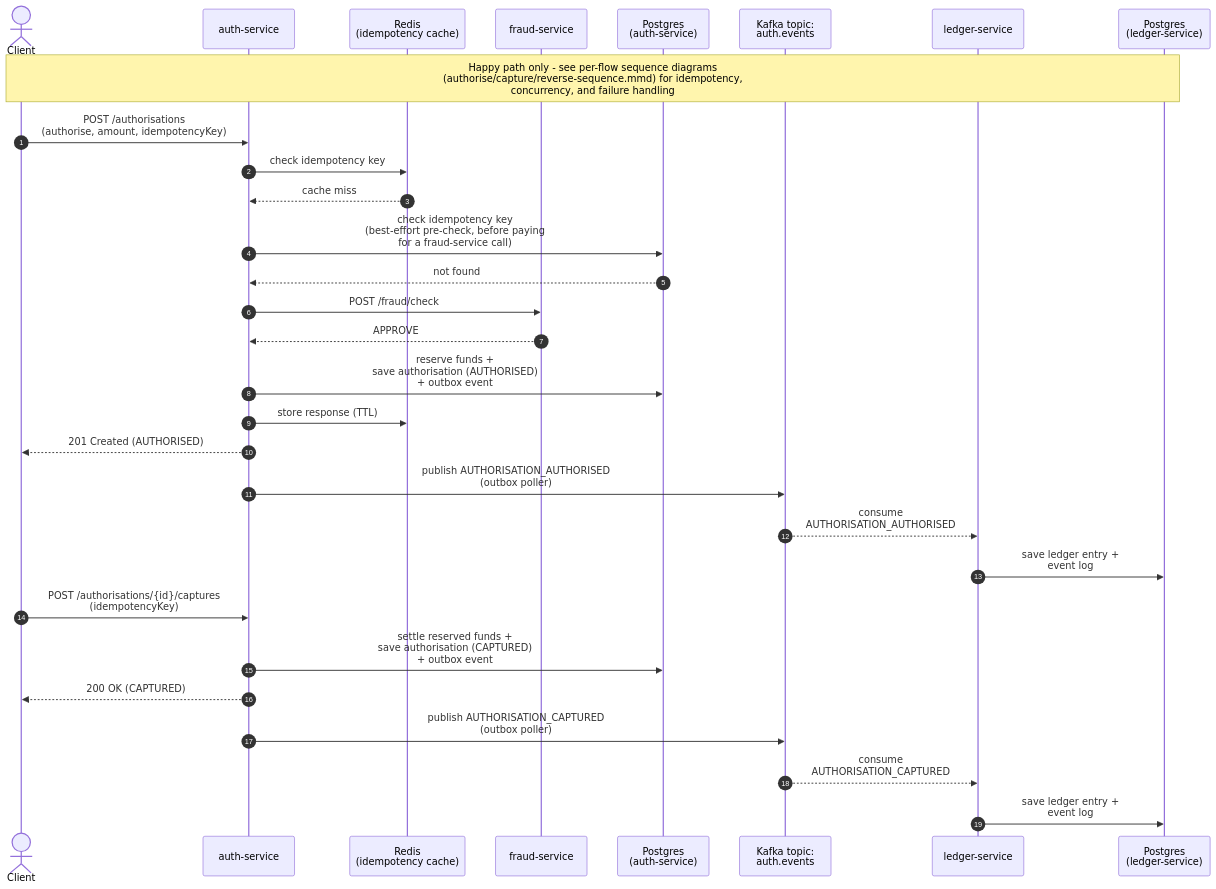
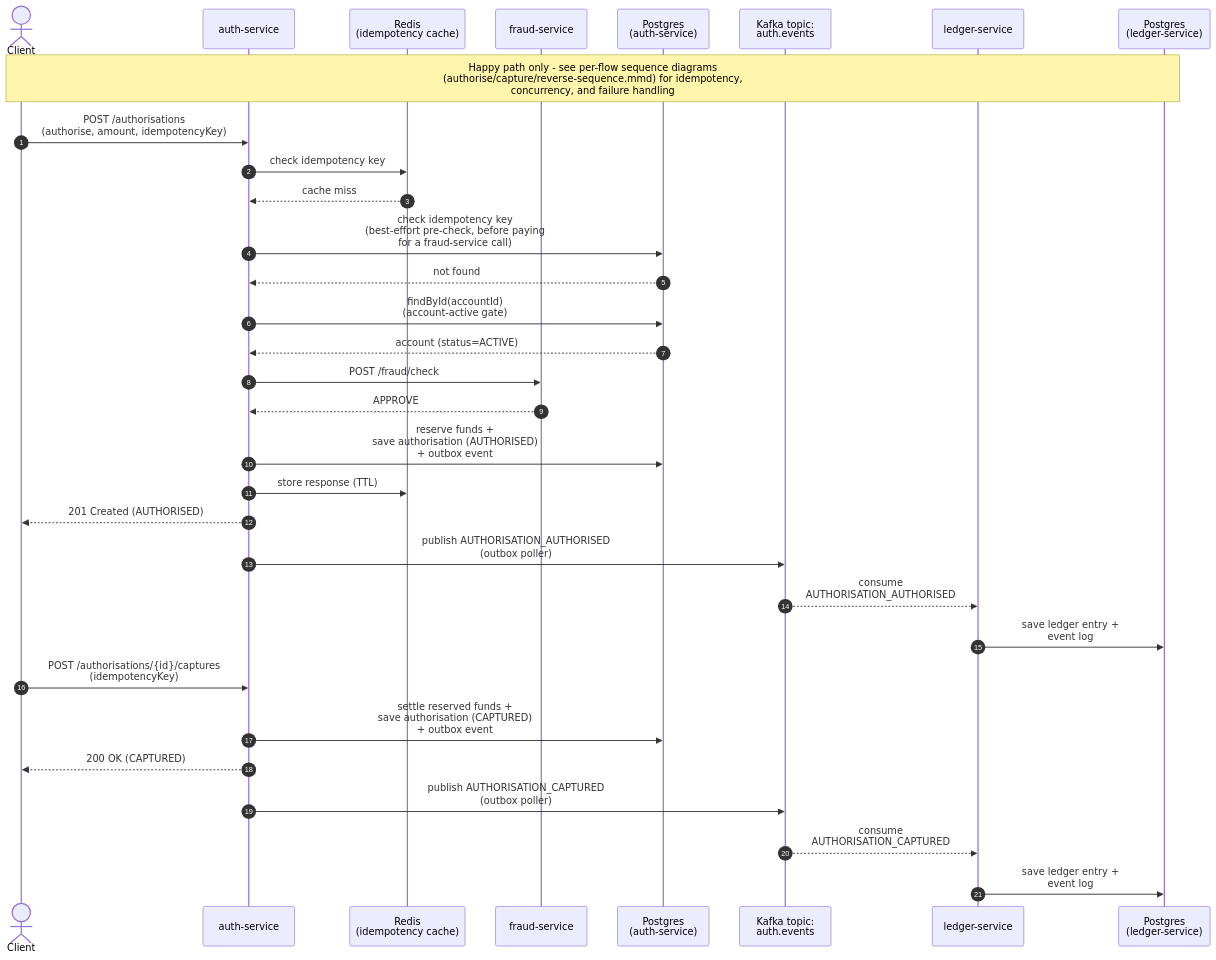
One commit to ShirongQuan/payment-platform changed the diagram in docs/flows/diagrams/payment-lifecycle-happy-path.mmd. Above: the diagram before and after it, drawn with Mermaid. The commit also changed 12 other files, not shown here.

Commit message:
Update documentation and diagrams

```diff
--- a/docs/flows/diagrams/payment-lifecycle-happy-path.mmd
+++ b/docs/flows/diagrams/payment-lifecycle-happy-path.mmd
@@ -1,30 +1,32 @@
 sequenceDiagram
     autonumber
     actor Client
     participant Auth as auth-service
     participant Cache as Redis<br/>(idempotency cache)
     participant Fraud as fraud-service
     participant DB as Postgres<br/>(auth-service)
     participant Kafka as Kafka topic:<br/>auth.events
     participant Ledger as ledger-service
     participant LDB as Postgres<br/>(ledger-service)
     Note over Client, LDB: Happy path only - see per-flow sequence diagrams<br/>(authorise/capture/reverse-sequence.mmd) for idempotency,<br/>concurrency, and failure handling
     Client ->> Auth: POST /authorisations<br/>(authorise, amount, idempotencyKey)
     Auth ->> Cache: check idempotency key
     Cache -->> Auth: cache miss
     Auth ->> DB: check idempotency key<br/>(best-effort pre-check, before paying<br/>for a fraud-service call)
     DB -->> Auth: not found
+    Auth ->> DB: findById(accountId)<br/>(account-active gate)
+    DB -->> Auth: account (status=ACTIVE)
     Auth ->> Fraud: POST /fraud/check
     Fraud -->> Auth: APPROVE
     Auth ->> DB: reserve funds +<br/>save authorisation (AUTHORISED)<br/>+ outbox event
     Auth ->> Cache: store response (TTL)
     Auth -->> Client: 201 Created (AUTHORISED)
     Auth ->> Kafka: publish AUTHORISATION_AUTHORISED<br/>(outbox poller)
     Kafka -->> Ledger: consume<br/>AUTHORISATION_AUTHORISED
     Ledger ->> LDB: save ledger entry +<br/>event log
     Client ->> Auth: POST /authorisations/{id}/captures<br/>(idempotencyKey)
     Auth ->> DB: settle reserved funds +<br/>save authorisation (CAPTURED)<br/>+ outbox event
     Auth -->> Client: 200 OK (CAPTURED)
     Auth ->> Kafka: publish AUTHORISATION_CAPTURED<br/>(outbox poller)
     Kafka -->> Ledger: consume<br/>AUTHORISATION_CAPTURED
     Ledger ->> LDB: save ledger entry +<br/>event log
```
